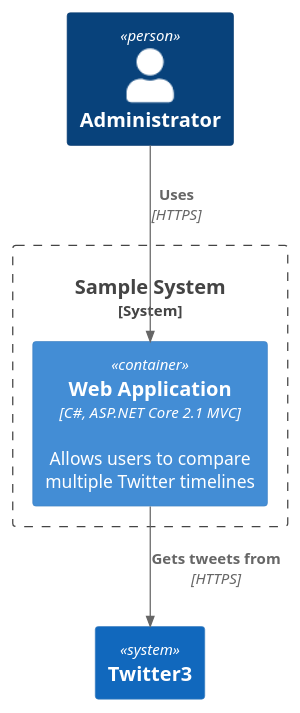
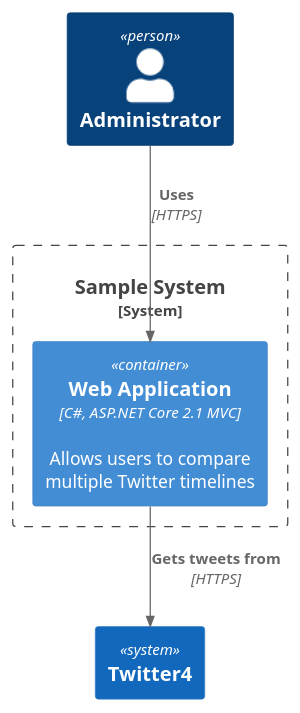
One commit to kcirtapfromspace/plantuml changed the diagram in doc/design/assets/diagram2.puml. Above: the diagram before and after it, drawn with PlantUML. The commit also changed 1 other file, not shown here.

```diff
--- a/doc/design/assets/diagram2.puml
+++ b/doc/design/assets/diagram2.puml
@@ -1,13 +1,13 @@
 @startuml Basic_Sample
 !include https://raw.githubusercontent.com/plantuml-stdlib/C4-PlantUML/master/C4_Container.puml
 
 Person(admin, "Administrator")
 System_Boundary(c1, "Sample System") {
     Container(web_app, "Web Application", "C#, ASP.NET Core 2.1 MVC", "Allows users to compare multiple Twitter timelines")
 }
 System(twitter, "Twitter")
-System(twitter, "Twitter3")
+System(twitter, "Twitter4")
 
 Rel(admin, web_app, "Uses", "HTTPS")
 Rel(web_app, twitter, "Gets tweets from", "HTTPS")
 @enduml
```
